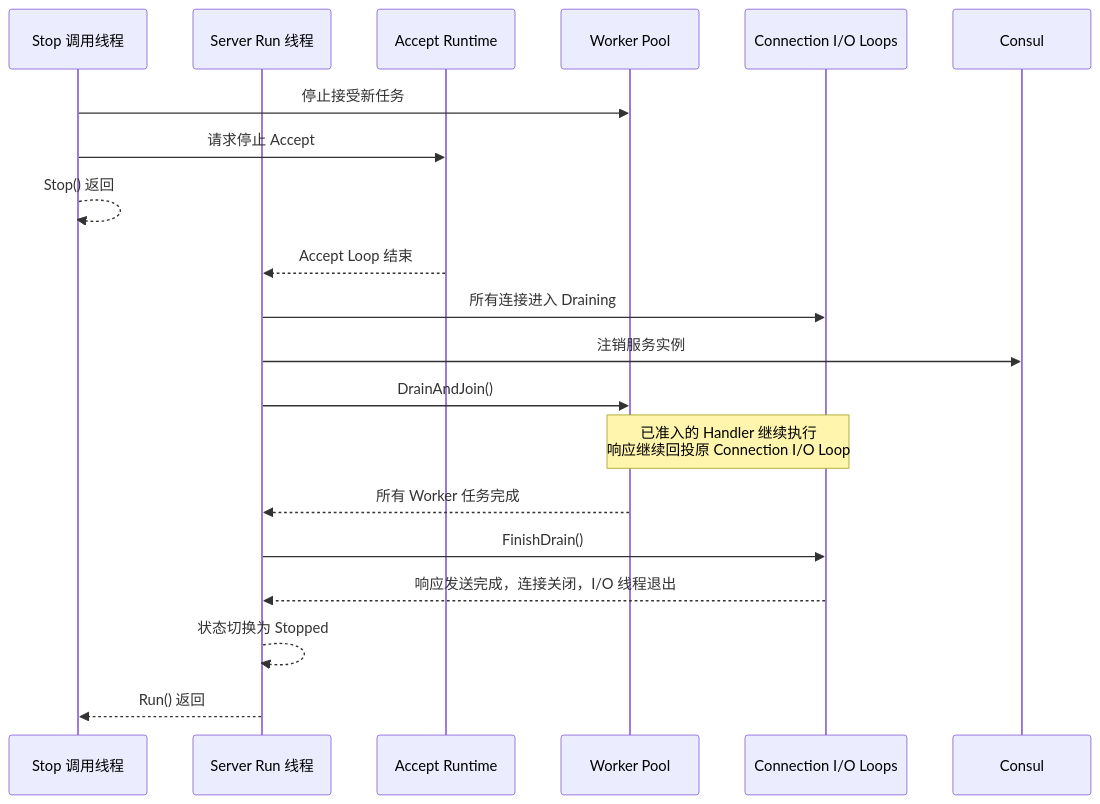
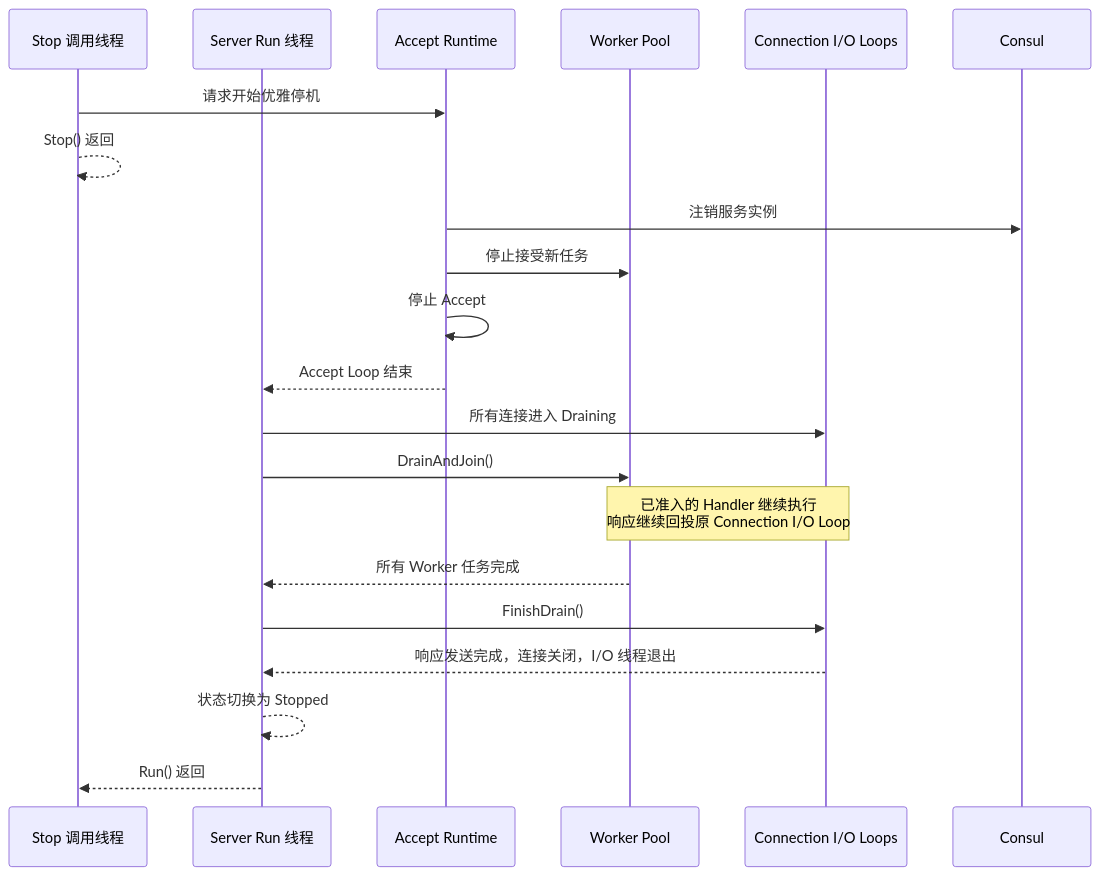
One commit to yuedongcun/xrpc-cpp changed the fourth of 4 diagrams in docs/server-runtime.md. Above: the diagram before and after it, drawn with Mermaid. The commit also changed other lines of this file and 3 other files, not shown here.

````diff
--- a/docs/server-runtime.md
+++ b/docs/server-runtime.md
@@ -207,26 +207,27 @@
 ```mermaid
 sequenceDiagram
     participant S as Stop 调用线程
     participant R as Server Run 线程
     participant A as Accept Runtime
     participant W as Worker Pool
     participant C as Connection I/O Loops
     participant D as Consul
 
-    S->>W: 停止接受新任务
-    S->>A: 请求停止 Accept
+    S->>A: 请求开始优雅停机
     S-->>S: Stop() 返回
 
+    A->>D: 注销服务实例
+    A->>W: 停止接受新任务
+    A->>A: 停止 Accept
     A-->>R: Accept Loop 结束
     R->>C: 所有连接进入 Draining
-    R->>D: 注销服务实例
     R->>W: DrainAndJoin()
 
     Note over W,C: 已准入的 Handler 继续执行<br/>响应继续回投原 Connection I/O Loop
 
     W-->>R: 所有 Worker 任务完成
     R->>C: FinishDrain()
     C-->>R: 响应发送完成，连接关闭，I/O 线程退出
     R-->>R: 状态切换为 Stopped
     R-->>S: Run() 返回
 ```
````
